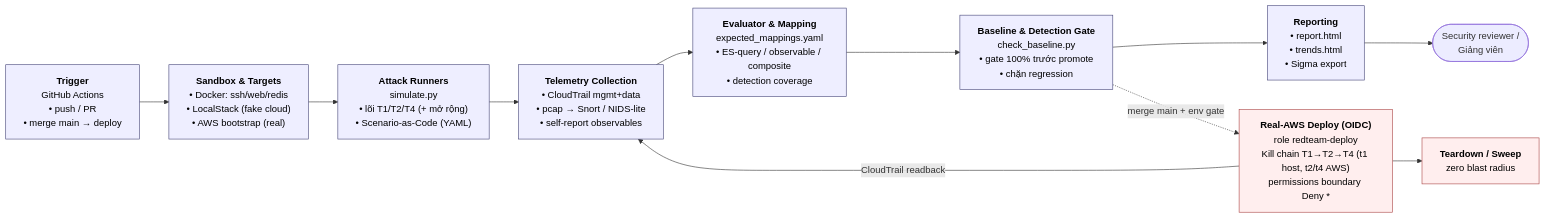
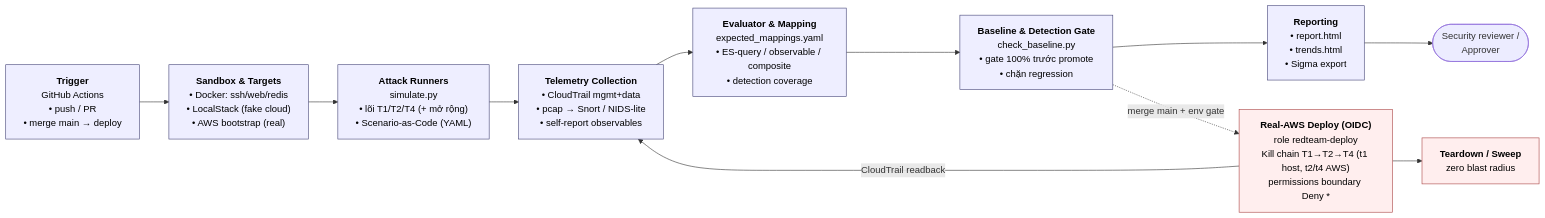
One commit to sampleit533/auto-redteam changed the second of 5 diagrams in docs/architecture.md. Above: the diagram before and after it, drawn with Mermaid. The commit also changed other lines of this file and 5 other files, not shown here.

````diff
--- a/docs/architecture.md
+++ b/docs/architecture.md
@@ -92,24 +92,24 @@
 ```mermaid
 flowchart LR
     trig["<b>Trigger</b><br/>GitHub Actions<br/>• push / PR<br/>• merge main → deploy"]
     sandbox["<b>Sandbox &amp; Targets</b><br/>• Docker: ssh/web/redis<br/>• LocalStack (fake cloud)<br/>• AWS bootstrap (real)"]
     runners["<b>Attack Runners</b><br/>simulate.py<br/>• lõi T1/T2/T4 (+ mở rộng)<br/>• Scenario-as-Code (YAML)"]
     telem["<b>Telemetry Collection</b><br/>• CloudTrail mgmt+data<br/>• pcap → Snort / NIDS-lite<br/>• self-report observables"]
     eval["<b>Evaluator &amp; Mapping</b><br/>expected_mappings.yaml<br/>• ES-query / observable / composite<br/>• detection coverage"]
     gate["<b>Baseline &amp; Detection Gate</b><br/>check_baseline.py<br/>• gate 100% trước promote<br/>• chặn regression"]
     report["<b>Reporting</b><br/>• report.html<br/>• trends.html<br/>• Sigma export"]
-    admin(["Security reviewer /<br/>Giảng viên"])
+    admin(["Security reviewer /<br/>Approver"])
 
     trig --> sandbox --> runners --> telem --> eval --> gate --> report --> admin
 
     deploy["<b>Real-AWS Deploy (OIDC)</b><br/>role redteam-deploy<br/>Kill chain T1→T2→T4 (t1 host, t2/t4 AWS)<br/>permissions boundary Deny *"]
     sweep["<b>Teardown / Sweep</b><br/>zero blast radius"]
     gate -. "merge main + env gate" .-> deploy
     deploy -- "CloudTrail readback" --> telem
     deploy --> sweep
 
     classDef box fill:#eef,stroke:#447,color:#000;
     classDef cloud fill:#fee,stroke:#a44,color:#000;
     class trig,sandbox,runners,telem,eval,gate,report box;
     class deploy,sweep cloud;
 ```
````
